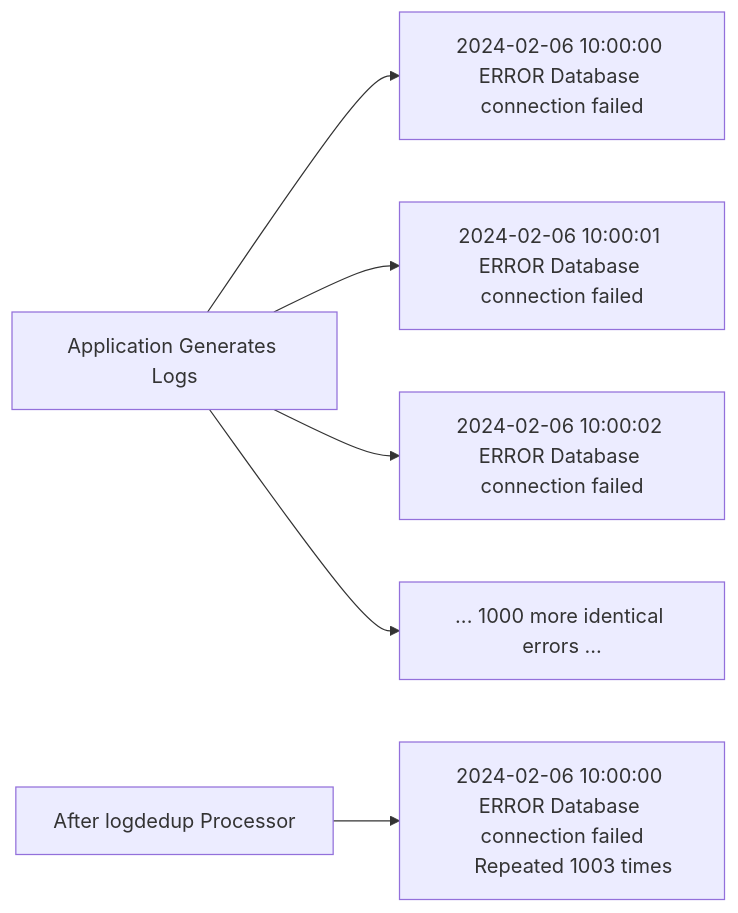
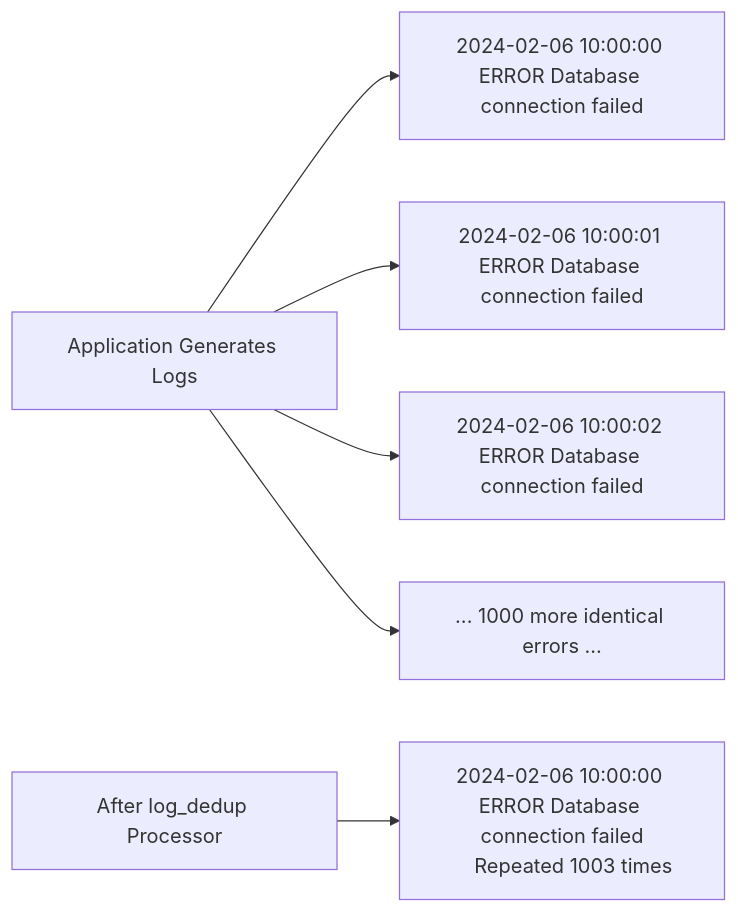
The diagram in posts/2026-02-06-log-dedup-processor-opentelemetry-collector/README.md (OneUptime/blog), drawn with Mermaid before and after one commit. The commit also changed other lines of this file and 2 other files, not shown here.

Commit message:
validate: 2026-02-06-log-dedup-processor-opentelemetry-collector

````diff
--- a/posts/2026-02-06-log-dedup-processor-opentelemetry-collector/README.md
+++ b/posts/2026-02-06-log-dedup-processor-opentelemetry-collector/README.md
@@ -25,10 +25,10 @@
 ```mermaid
 graph LR
     A[Application Generates Logs] --> B[2024-02-06 10:00:00 ERROR Database connection failed]
     A --> C[2024-02-06 10:00:01 ERROR Database connection failed]
     A --> D[2024-02-06 10:00:02 ERROR Database connection failed]
     A --> E[... 1000 more identical errors ...]
 
-    F[After logdedup Processor] --> G[2024-02-06 10:00:00 ERROR Database connection failed
+    F[After log_dedup Processor] --> G[2024-02-06 10:00:00 ERROR Database connection failed
     Repeated 1003 times]
 ```
````
